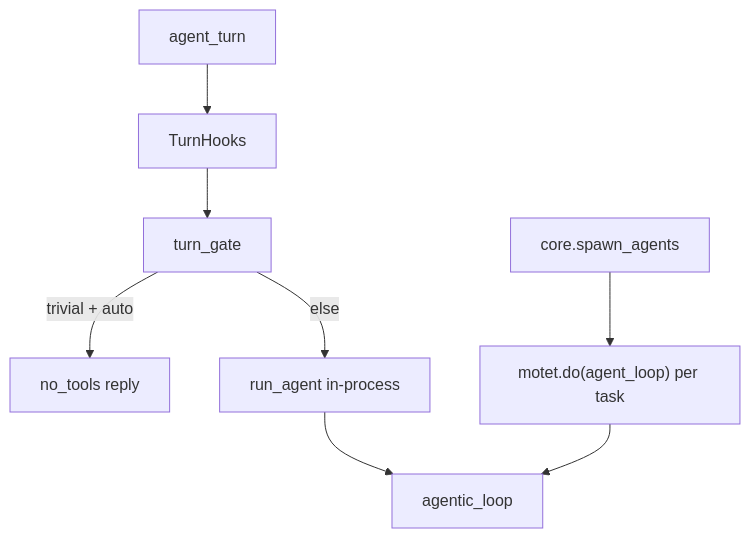
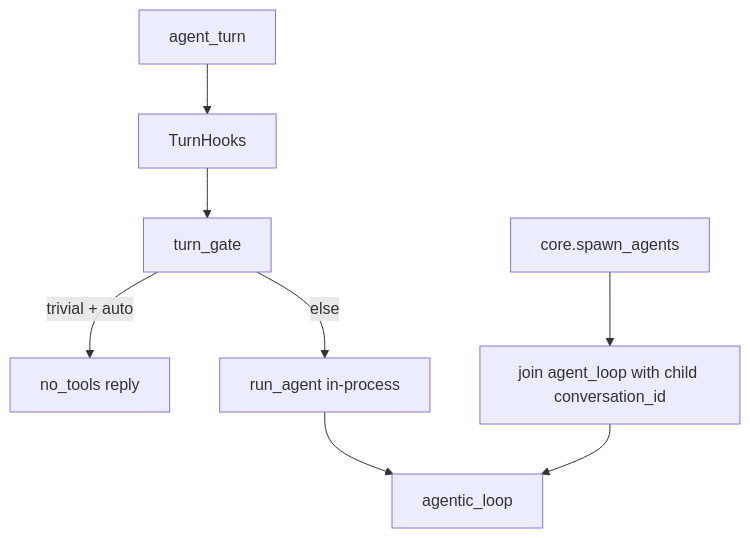
The diagram in docs/architecture/current/agent-turn.md (motet-ai/motet), drawn with Mermaid before and after one commit. The commit also changed other lines of this file and 136 other files, not shown here.

````diff
--- a/docs/architecture/current/agent-turn.md
+++ b/docs/architecture/current/agent-turn.md
@@ -13,10 +13,10 @@
 ```mermaid
 flowchart TD
   turn["agent_turn"] --> hooks["TurnHooks"]
   hooks --> gate["turn_gate"]
   gate -->|trivial + auto| notools["no_tools reply"]
   gate -->|else| run["run_agent in-process"]
   run --> loop["agentic_loop"]
-  spawn["core.spawn_agents"] --> child["motet.do(agent_loop) per task"]
+  spawn["core.spawn_agents"] --> child["join agent_loop with child conversation_id"]
   child --> loop
 ```
````
